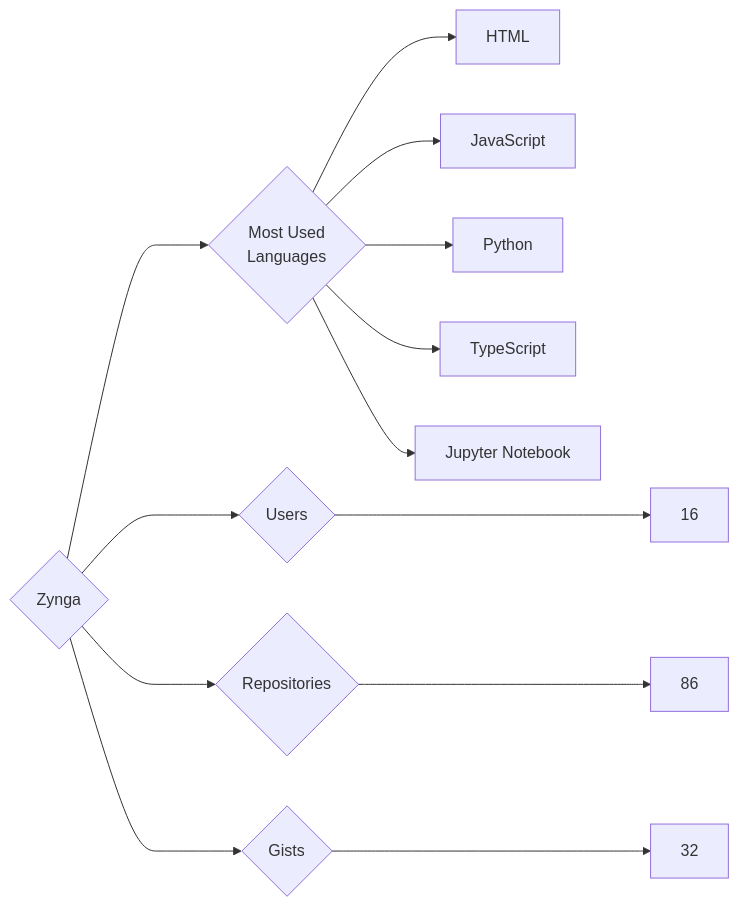
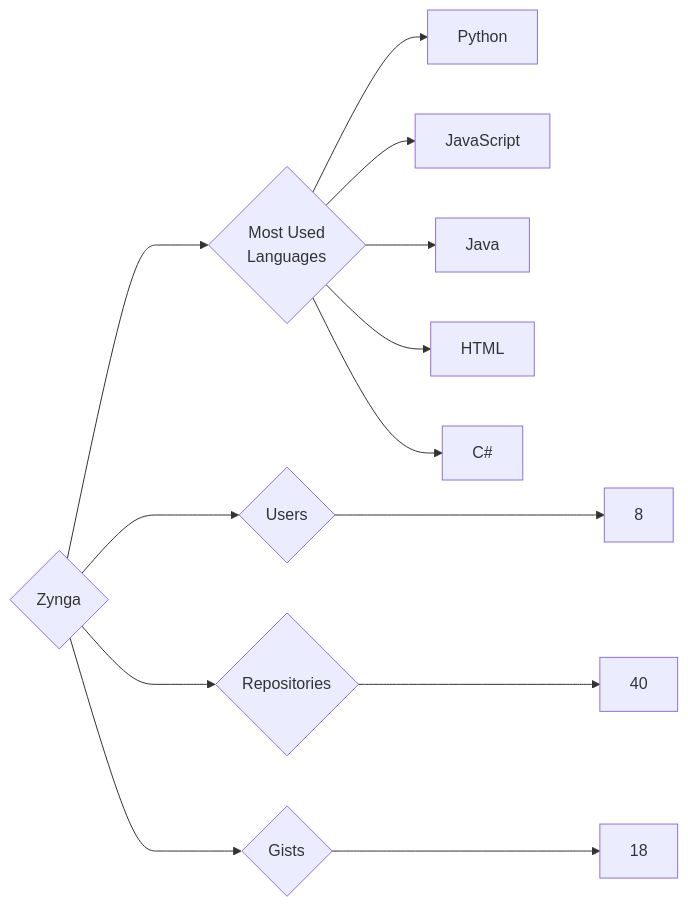
One commit to trickest/insiders changed the diagram in targets/Zynga/README.md. Above: the diagram before and after it, drawn with Mermaid. The commit also changed 1248 other files, not shown here.

````diff
--- a/targets/Zynga/README.md
+++ b/targets/Zynga/README.md
@@ -3,13 +3,13 @@
 ```mermaid
 graph LR
 COMPANY_NAME{Zynga}
-COMPANY_NAME ---> U{Users} ---> UN[16]
-COMPANY_NAME ---> R{Repositories} ---> RN[86]
-COMPANY_NAME ---> G{Gists} ---> GN[32]
+COMPANY_NAME ---> U{Users} ---> UN[8]
+COMPANY_NAME ---> R{Repositories} ---> RN[40]
+COMPANY_NAME ---> G{Gists} ---> GN[18]
 COMPANY_NAME ---> ML{Most Used<br>Languages}
+ML --> Python[Python]
+ML --> JavaScript[JavaScript]
+ML --> Java[Java]
 ML --> HTML[HTML]
-ML --> JavaScript[JavaScript]
-ML --> Python[Python]
-ML --> TypeScript[TypeScript]
-ML --> Jupyter_Notebook[Jupyter Notebook]
+ML --> C#[C#]
 ```
````
